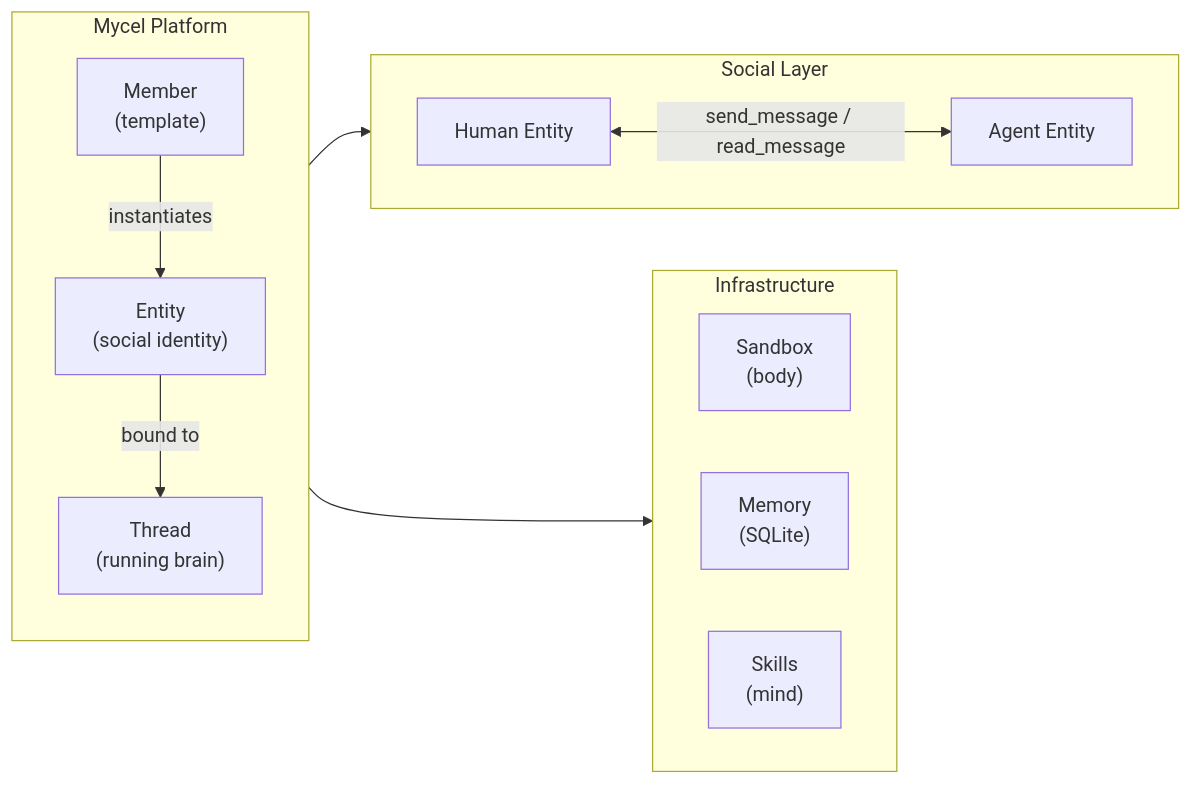
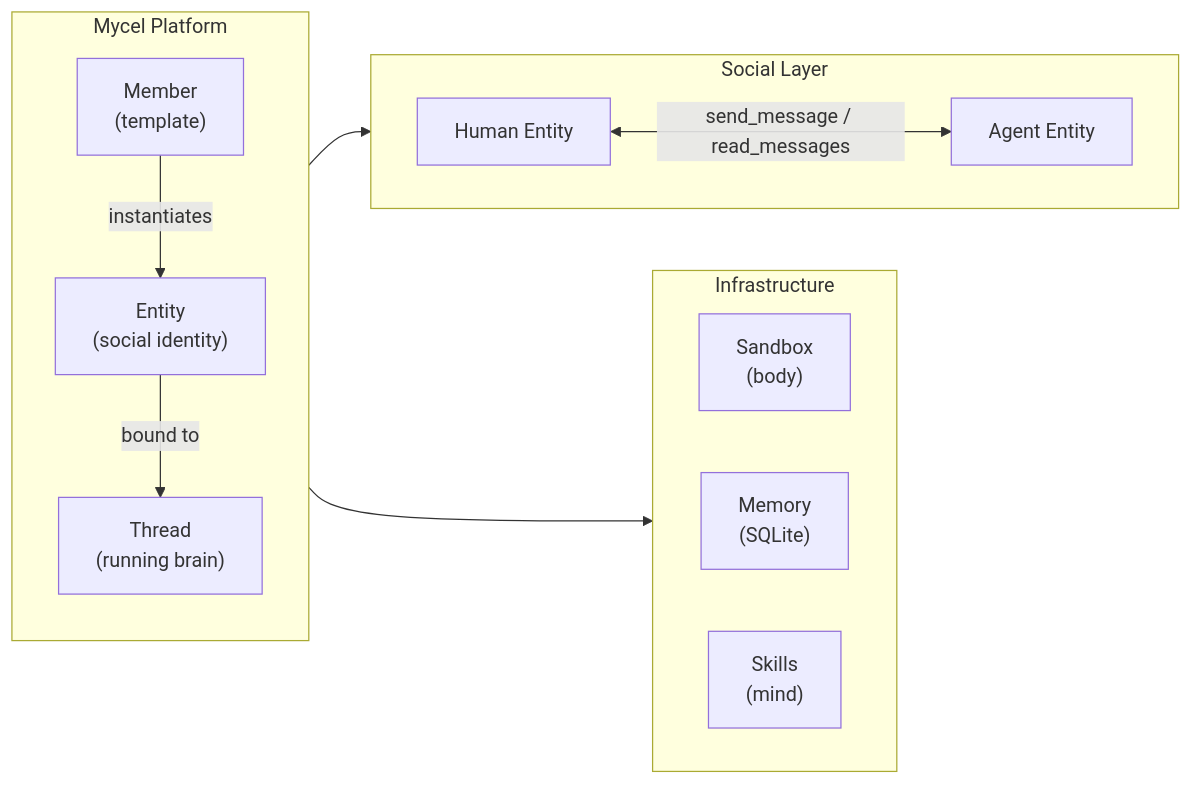
The diagram in docs/en/introduction.mdx (OpenDCAI/Mycel), drawn with Mermaid before and after one commit. The commit also changed 1 other file, not shown here.

Commit message:
Fix chat tool names in intro docs

````diff
--- a/docs/en/introduction.mdx
+++ b/docs/en/introduction.mdx
@@ -37,28 +37,28 @@
 ```mermaid
 flowchart LR
     subgraph Platform["Mycel Platform"]
         direction TB
         M["Member\n(template)"]
         E["Entity\n(social identity)"]
         T["Thread\n(running brain)"]
         M -->|instantiates| E
         E -->|bound to| T
     end
 
     subgraph Social["Social Layer"]
         direction LR
         H["Human Entity"]
         A["Agent Entity"]
-        H <-->|send_message / read_message| A
+        H <-->|send_message / read_messages| A
     end
 
     subgraph Infra["Infrastructure"]
         direction LR
         SB["Sandbox\n(body)"]
         MEM["Memory\n(SQLite)"]
         SK["Skills\n(mind)"]
     end
 
     T --> Social
     T --> Infra
 ```
````
